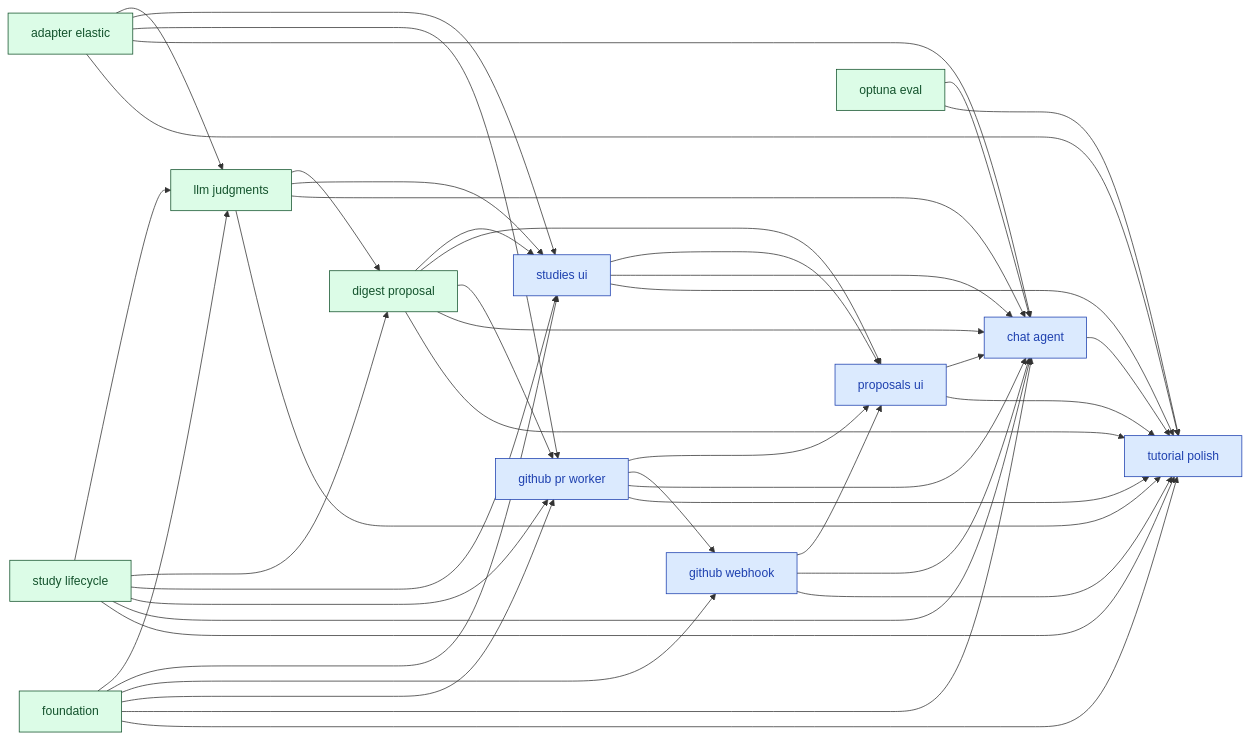
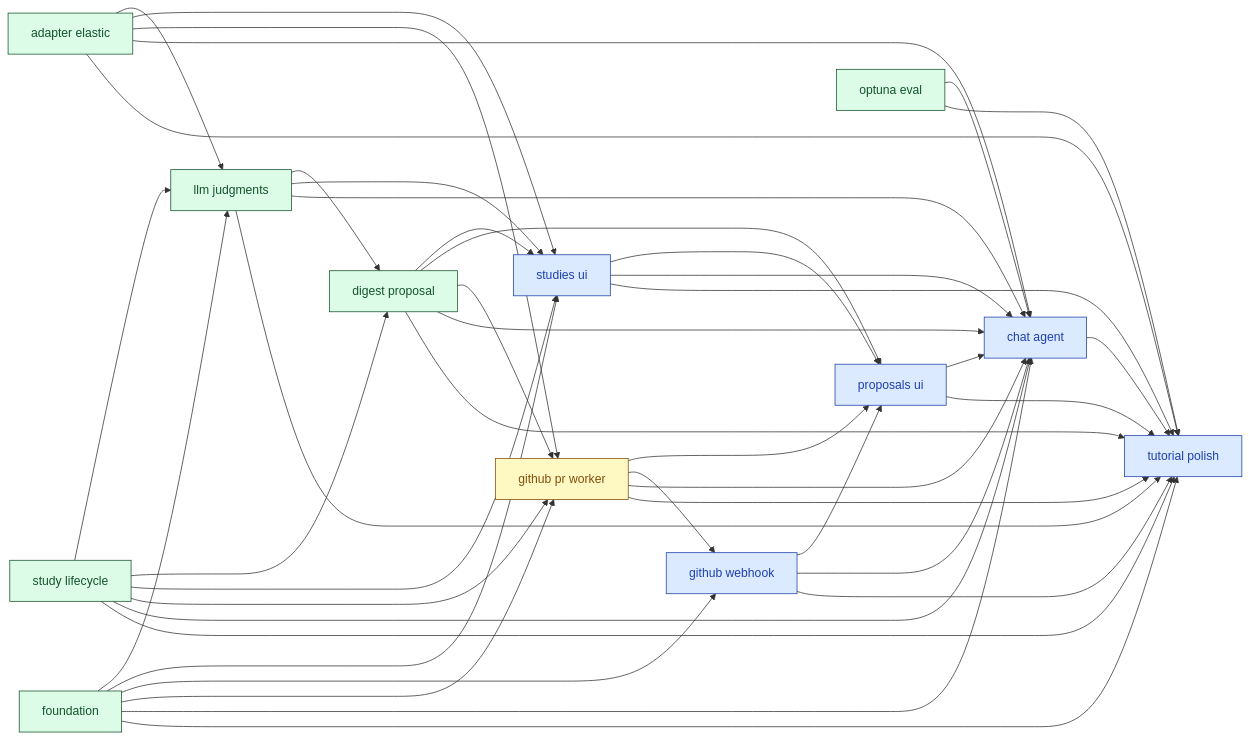
Before and after one commit to SoundMindsAI/relyloop: the diagram in docs/00_overview/MVP1_DASHBOARD.md, drawn with Mermaid. The commit also changed other lines of this file and 41 other files, not shown here.

First line of the commit message:
feat(github-pr-worker): open_pr Arq worker + config-repos CRUD + per-repo PAT auth (#45)

````diff
--- a/docs/00_overview/MVP1_DASHBOARD.md
+++ b/docs/00_overview/MVP1_DASHBOARD.md
@@ -83,73 +84,73 @@
 ```mermaid
 graph LR
   classDef done fill:#dcfce7,stroke:#14532d,color:#14532d;
   classDef implement fill:#ffedd5,stroke:#9a3412,color:#9a3412;
   classDef plan fill:#fef9c3,stroke:#854d0e,color:#854d0e;
   classDef spec fill:#dbeafe,stroke:#1e40af,color:#1e40af;
   classDef idea fill:#f1f5f9,stroke:#334155,color:#334155;
   chore_tutorial_polish["tutorial polish"]
   class chore_tutorial_polish spec;
   feat_chat_agent["chat agent"]
   class feat_chat_agent spec;
   feat_github_pr_worker["github pr worker"]
-  class feat_github_pr_worker spec;
+  class feat_github_pr_worker plan;
   feat_github_webhook["github webhook"]
   class feat_github_webhook spec;
   feat_proposals_ui["proposals ui"]
   class feat_proposals_ui spec;
   feat_studies_ui["studies ui"]
   class feat_studies_ui spec;
   infra_foundation["foundation"]
   class infra_foundation done;
   feat_study_lifecycle["study lifecycle"]
   class feat_study_lifecycle done;
   infra_adapter_elastic["adapter elastic"]
   class infra_adapter_elastic done;
   infra_optuna_eval["optuna eval"]
   class infra_optuna_eval done;
   feat_digest_proposal["digest proposal"]
   class feat_digest_proposal done;
   feat_llm_judgments["llm judgments"]
   class feat_llm_judgments done;
   feat_chat_agent --> chore_tutorial_polish
   feat_digest_proposal --> chore_tutorial_polish
   feat_github_pr_worker --> chore_tutorial_polish
   feat_github_webhook --> chore_tutorial_polish
   feat_llm_judgments --> chore_tutorial_polish
   feat_proposals_ui --> chore_tutorial_polish
   feat_studies_ui --> chore_tutorial_polish
   feat_study_lifecycle --> chore_tutorial_polish
   infra_adapter_elastic --> chore_tutorial_polish
   infra_foundation --> chore_tutorial_polish
   infra_optuna_eval --> chore_tutorial_polish
   feat_digest_proposal --> feat_chat_agent
   feat_github_pr_worker --> feat_chat_agent
   feat_github_webhook --> feat_chat_agent
   feat_llm_judgments --> feat_chat_agent
   feat_proposals_ui --> feat_chat_agent
   feat_studies_ui --> feat_chat_agent
   feat_study_lifecycle --> feat_chat_agent
   infra_adapter_elastic --> feat_chat_agent
   infra_foundation --> feat_chat_agent
   infra_optuna_eval --> feat_chat_agent
   infra_foundation --> feat_github_pr_worker
   infra_adapter_elastic --> feat_github_pr_worker
   feat_study_lifecycle --> feat_github_pr_worker
   feat_digest_proposal --> feat_github_pr_worker
   infra_foundation --> feat_github_webhook
   feat_github_pr_worker --> feat_github_webhook
   feat_studies_ui --> feat_proposals_ui
   feat_digest_proposal --> feat_proposals_ui
   feat_github_pr_worker --> feat_proposals_ui
   feat_github_webhook --> feat_proposals_ui
   infra_foundation --> feat_studies_ui
   feat_study_lifecycle --> feat_studies_ui
   feat_digest_proposal --> feat_studies_ui
   feat_llm_judgments --> feat_studies_ui
   infra_adapter_elastic --> feat_studies_ui
   feat_study_lifecycle --> feat_digest_proposal
   feat_llm_judgments --> feat_digest_proposal
   infra_foundation --> feat_llm_judgments
   infra_adapter_elastic --> feat_llm_judgments
   feat_study_lifecycle --> feat_llm_judgments
 ```
````
